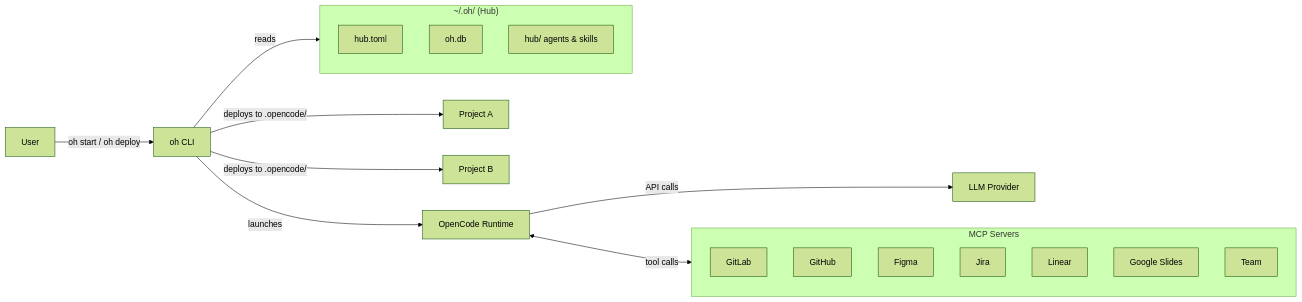
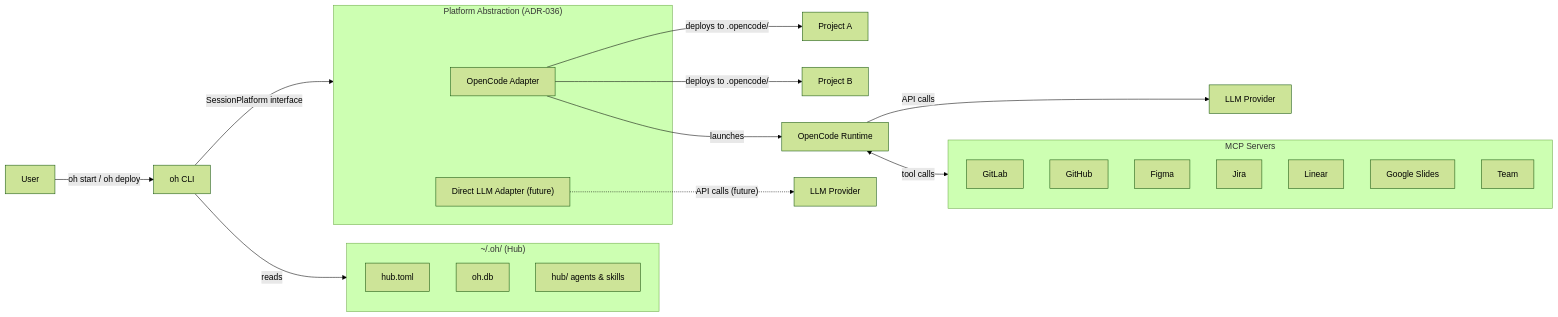
The first of 4 diagrams in docs/architecture/overview.en.md (datichb/openhub), drawn with Mermaid (forest theme) before and after one commit. The commit also changed other lines of this file and 30 other files, not shown here.

First line of the commit message:
feat(platform): introduce SessionPlatform abstraction layer (ADR-036, Phases 0-2)

````diff
--- a/docs/architecture/overview.en.md
+++ b/docs/architecture/overview.en.md
@@ -7,28 +7,36 @@
 ```mermaid
 flowchart LR
     U["User"] -->|"oh start / oh deploy"| CLI["oh CLI"]
 
     subgraph Hub ["~/.oh/ (Hub)"]
         TOML["hub.toml"]
         DB["oh.db"]
         HC["hub/ agents & skills"]
     end
 
     CLI -->|reads| Hub
-    CLI -->|"deploys to .opencode/"| P1["Project A"]
-    CLI -->|"deploys to .opencode/"| P2["Project B"]
-    CLI -->|launches| OC["OpenCode Runtime"]
+
+    subgraph Platform ["Platform Abstraction (ADR-036)"]
+        OCA["OpenCode Adapter"]
+        DLA["Direct LLM Adapter (future)"]
+    end
+
+    CLI -->|"SessionPlatform interface"| Platform
+    OCA -->|"deploys to .opencode/"| P1["Project A"]
+    OCA -->|"deploys to .opencode/"| P2["Project B"]
+    OCA -->|launches| OC["OpenCode Runtime"]
+    DLA -.->|"API calls (future)"| LLM2["LLM Provider"]
     OC -->|API calls| LLM["LLM Provider"]
 
     subgraph MCP ["MCP Servers"]
         GL["GitLab"]
         GH["GitHub"]
         FIG["Figma"]
         JI["Jira"]
         LN["Linear"]
         GS["Google Slides"]
         TM["Team"]
     end
 
     OC <-->|tool calls| MCP
 ```
````
